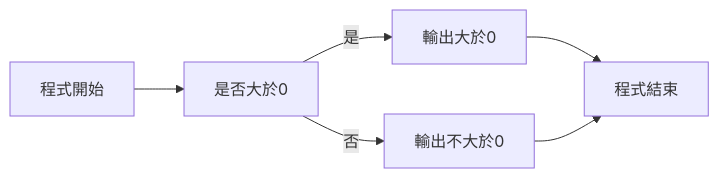
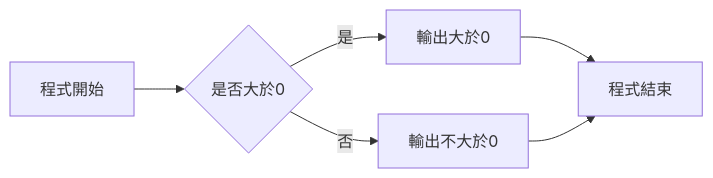
One commit to Vincenttainan/CppTeachingNote changed the fourth of 5 diagrams in 06_condition.md. Above: the diagram before and after it, drawn with Mermaid. The commit also changed other lines of this file, not shown here.

````diff
--- a/06_condition.md
+++ b/06_condition.md
@@ -112,8 +110,8 @@
 ```mermaid
 flowchart LR
-程式開始 --> 是否大於0
-是否大於0 --> |是|輸出大於0
-是否大於0 --> |否|輸出不大於0
+程式開始 --> a{是否大於0}
+a --> |是|輸出大於0
+a --> |否|輸出不大於0
 輸出大於0 --> 程式結束
 輸出不大於0 --> 程式結束
 ```
````
